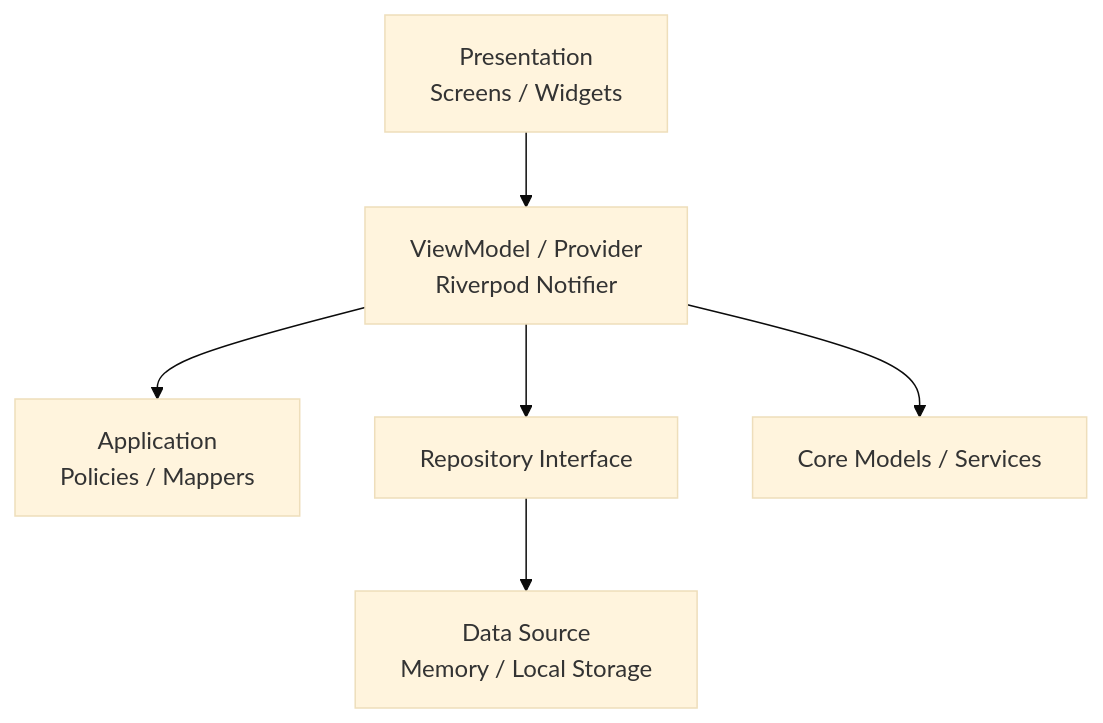
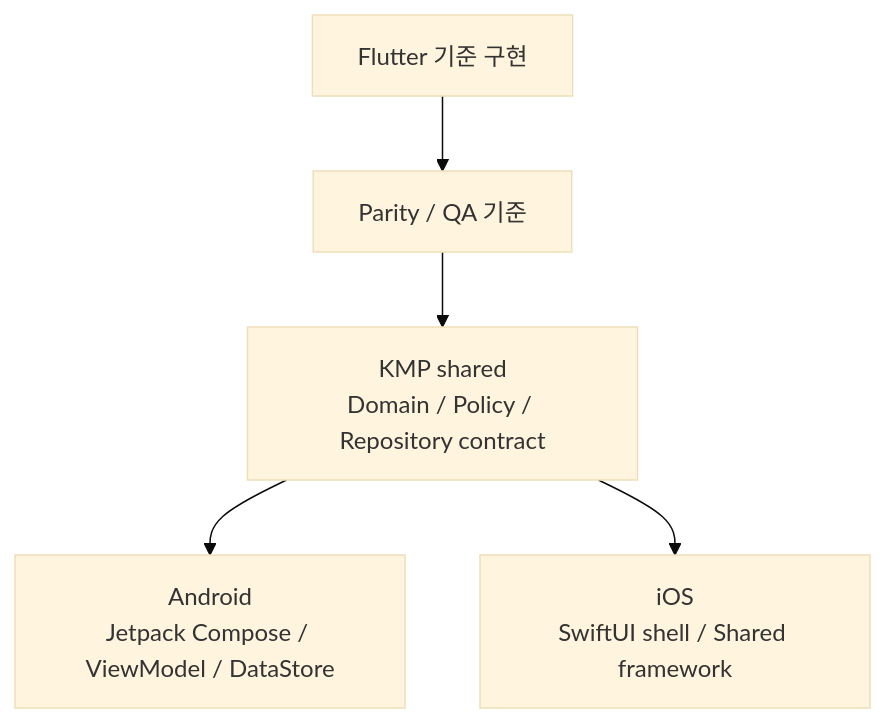
One commit to Jiyeong-kor/supplement_routine changed the diagram in README.md. Above: the diagram before and after it, drawn with Mermaid (base theme). The commit also changed other lines of this file, not shown here.

First line of the commit message:
Update README with KMP transition status

````diff
--- a/README.md
+++ b/README.md
@@ -63,8 +77,7 @@
 ```mermaid
 flowchart TD
-    UI["Presentation\nScreens / Widgets"] --> VM["ViewModel / Provider\nRiverpod Notifier"]
-    VM --> APP["Application\nPolicies / Mappers"]
-    VM --> REPO["Repository Interface"]
-    REPO --> DATA["Data Source\nMemory / Local Storage"]
-    VM --> CORE["Core Models / Services"]
+    SHARED["KMP shared\nDomain / Policy / Repository contract"] --> ANDROID["Android\nJetpack Compose / ViewModel / DataStore"]
+    SHARED --> IOS["iOS\nSwiftUI shell / Shared framework"]
+    FLUTTER["Flutter 기준 구현"] --> DOCS["Parity / QA 기준"]
+    DOCS --> SHARED
 ```
````
